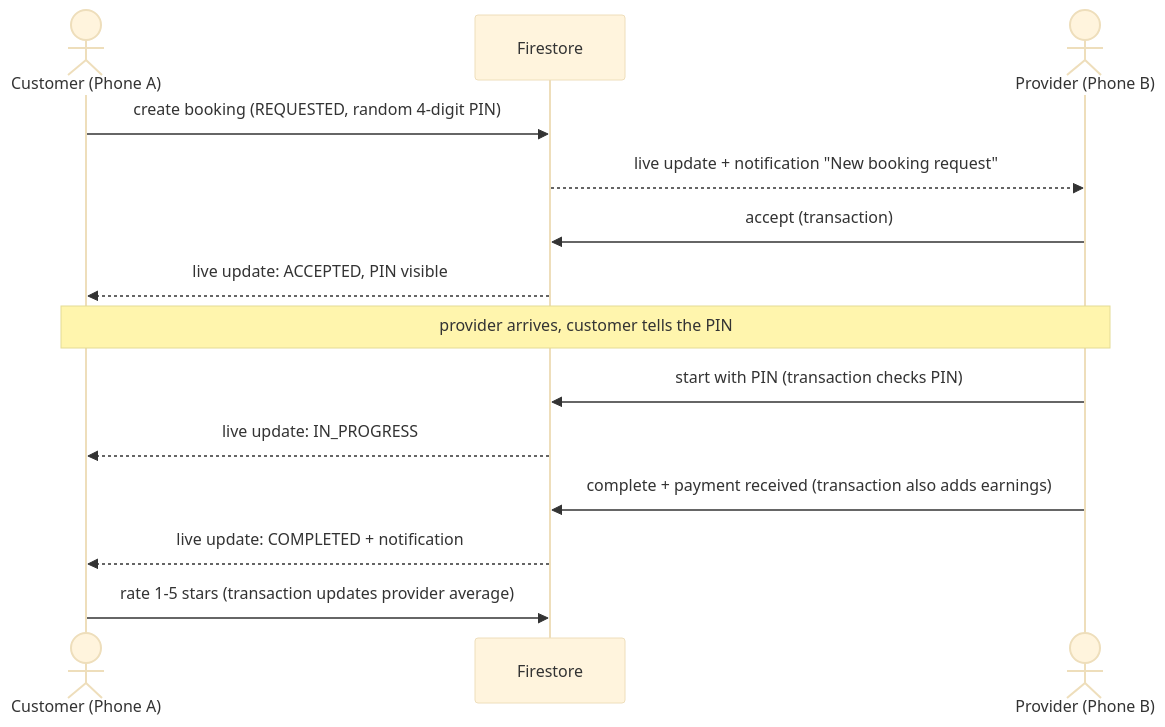
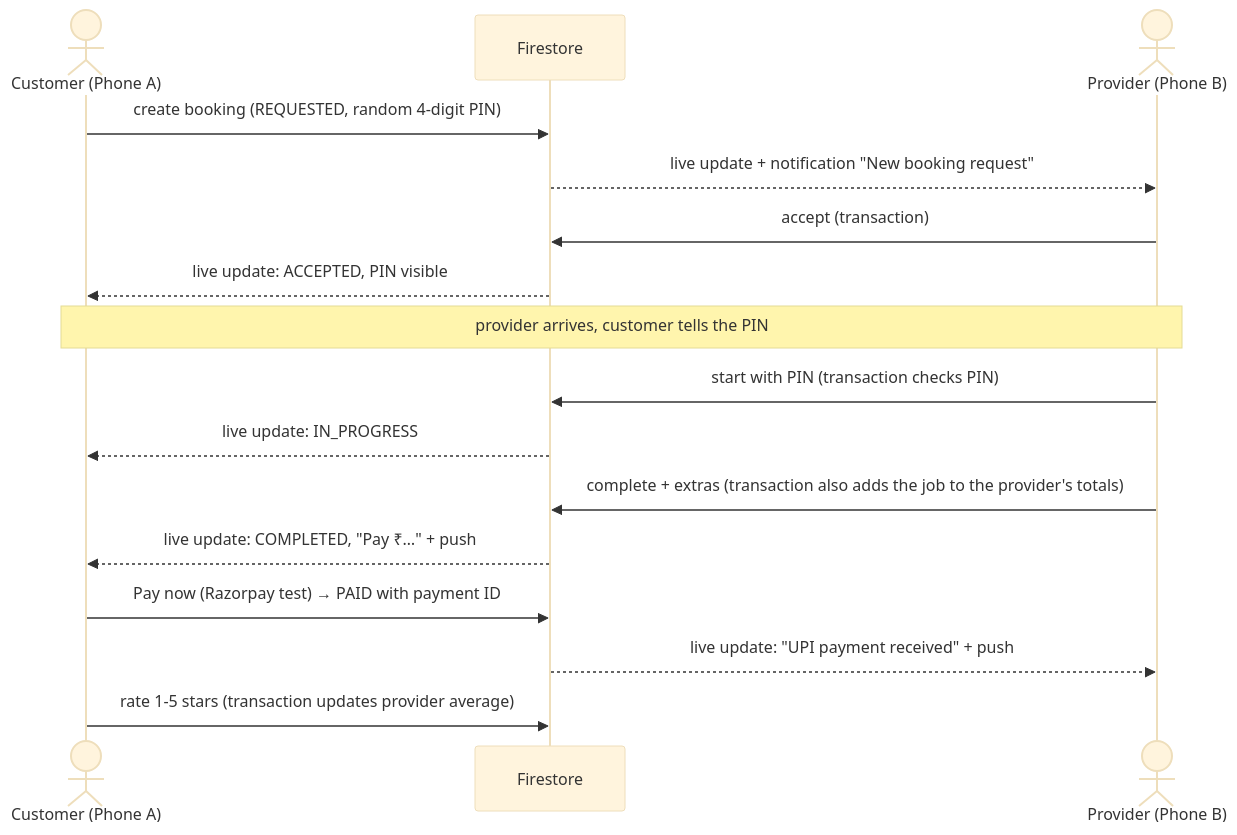
Before and after one commit to janvi0802/ServiceHub: the fifth of 5 diagrams in docs/REPORT_KIT.md, drawn with Mermaid (base theme). The commit also changed other lines of this file and 27 other files, not shown here.

Commit message:
Area fallback, push opens the right page, change email, offers list, extras total limit, rule fix; updated README, code guide, report kit and project report

````diff
--- a/docs/REPORT_KIT.md
+++ b/docs/REPORT_KIT.md
@@ -214,17 +257,19 @@
 ```mermaid
 sequenceDiagram
     actor C as Customer (Phone A)
     participant F as Firestore
     actor P as Provider (Phone B)
 
     C->>F: create booking (REQUESTED, random 4-digit PIN)
     F-->>P: live update + notification "New booking request"
     P->>F: accept (transaction)
     F-->>C: live update: ACCEPTED, PIN visible
     Note over C,P: provider arrives, customer tells the PIN
     P->>F: start with PIN (transaction checks PIN)
     F-->>C: live update: IN_PROGRESS
-    P->>F: complete + payment received (transaction also adds earnings)
-    F-->>C: live update: COMPLETED + notification
+    P->>F: complete + extras (transaction also adds the job to the provider's totals)
+    F-->>C: live update: COMPLETED, "Pay ₹…" + push
+    C->>F: Pay now (Razorpay test) → PAID with payment ID
+    F-->>P: live update: "UPI payment received" + push
     C->>F: rate 1-5 stars (transaction updates provider average)
 ```
````
